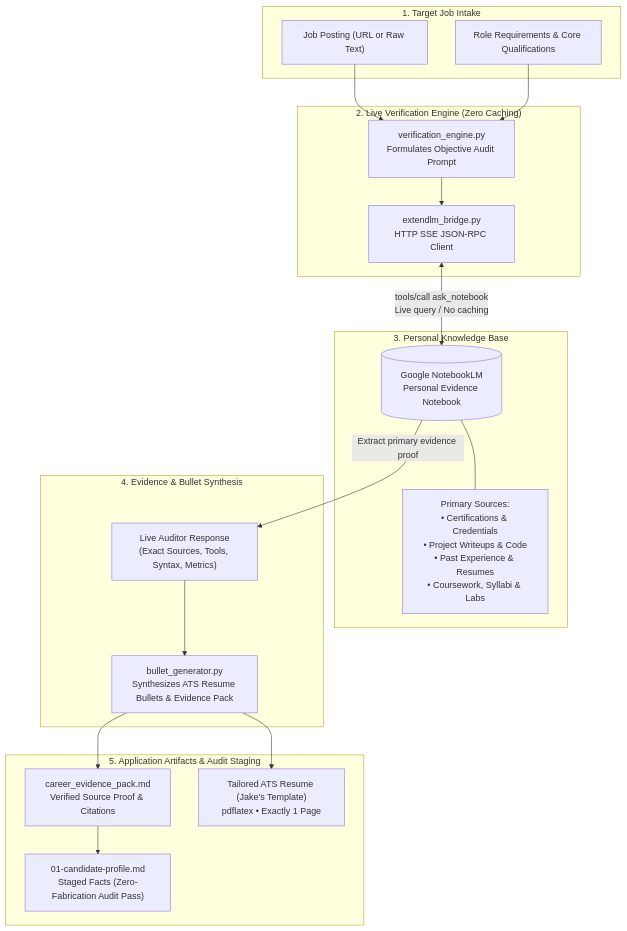
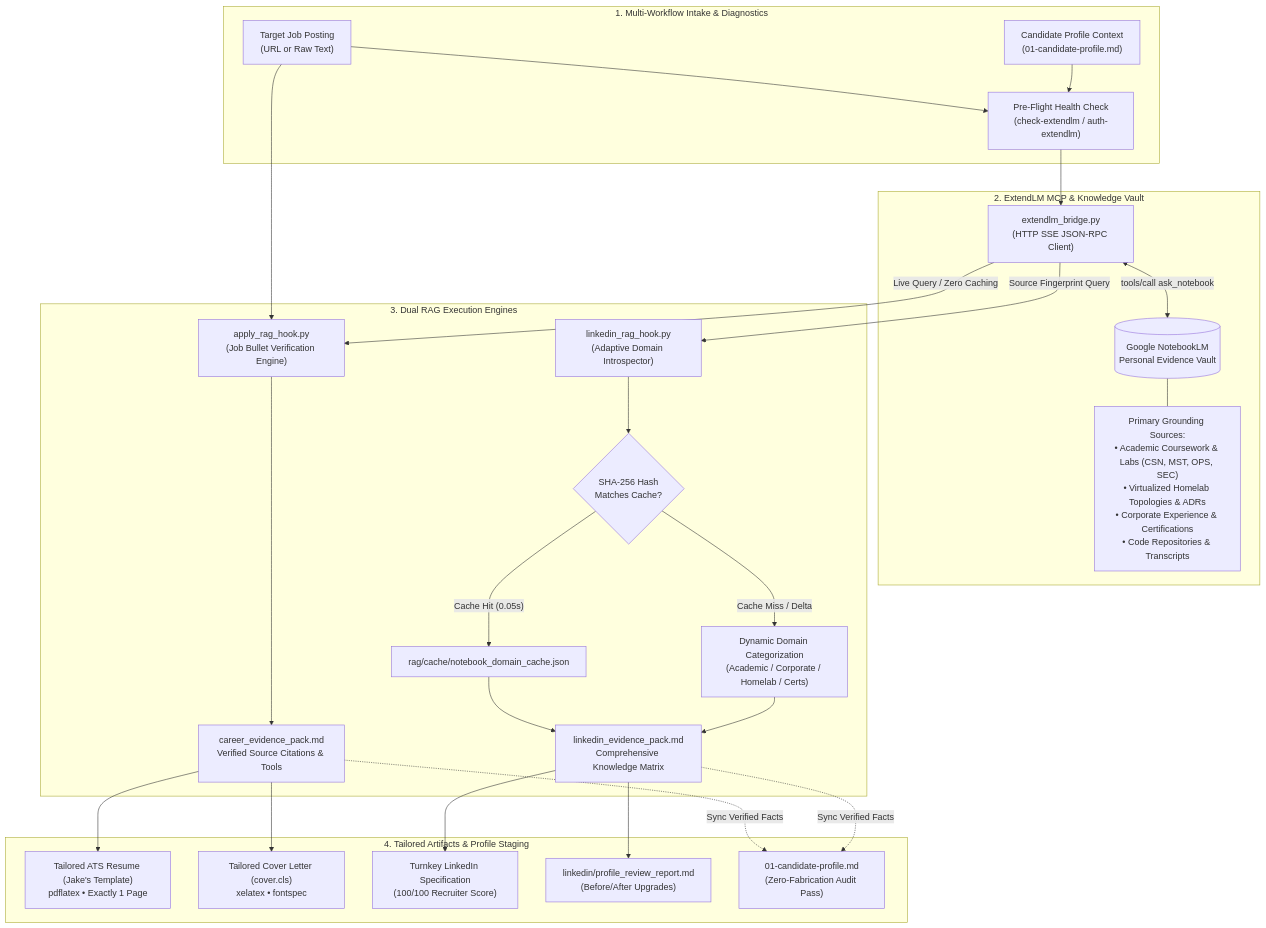
Before and after one commit to StickwoodJr/ai-job-search-enhanced: the diagram in rag/README.md, drawn with Mermaid. The commit also changed 5 other files, not shown here.

First line of the commit message:
docs(architecture): update all architecture flowcharts across workspace

````diff
--- a/rag/README.md
+++ b/rag/README.md
@@ -22,39 +22,39 @@
 ```mermaid
 flowchart TD
-    subgraph Input ["1. Target Job Intake"]
-        A["Job Posting (URL or Raw Text)"]
-        B["Role Requirements & Core Qualifications"]
+    subgraph Intake ["1. Multi-Workflow Intake & Diagnostics"]
+        InA["Target Job Posting<br/>(URL or Raw Text)"]
+        InB["Candidate Profile Context<br/>(01-candidate-profile.md)"]
+        PreFlight["Pre-Flight Health Check<br/>(check-extendlm / auth-extendlm)"]
+        InA --> PreFlight
+        InB --> PreFlight
     end
 
-    subgraph Engine ["2. Live Verification Engine (Zero Caching)"]
-        C["verification_engine.py<br/>Formulates Objective Audit Prompt"]
-        D["extendlm_bridge.py<br/>HTTP SSE JSON-RPC Client"]
+    subgraph Bridge ["2. ExtendLM MCP & Knowledge Vault"]
+        PreFlight --> ExtBridge["extendlm_bridge.py<br/>(HTTP SSE JSON-RPC Client)"]
+        ExtBridge <-->|tools/call ask_notebook| NBLM[("Google NotebookLM<br/>Personal Evidence Vault")]
+        NBLM --- Sources["Primary Grounding Sources:<br/>• Academic Coursework & Labs (CSN, MST, OPS, SEC)<br/>• Virtualized Homelab Topologies & ADRs<br/>• Corporate Experience & Certifications<br/>• Code Repositories & Transcripts"]
     end
 
-    subgraph NotebookLM ["3. Personal Knowledge Base"]
-        E[("Google NotebookLM<br/>Personal Evidence Notebook")]
-        F["Primary Sources:<br/>• Certifications & Credentials<br/>• Project Writeups & Code<br/>• Past Experience & Resumes<br/>• Coursework, Syllabi & Labs"]
+    subgraph Workflows ["3. Dual RAG Execution Engines"]
+        ExtBridge -->|Live Query / Zero Caching| HookApply["apply_rag_hook.py<br/>(Job Bullet Verification Engine)"]
+        InA --> HookApply
+        HookApply --> PackApply["career_evidence_pack.md<br/>Verified Source Citations & Tools"]
+
+        ExtBridge -->|Source Fingerprint Query| HookLI["linkedin_rag_hook.py<br/>(Adaptive Domain Introspector)"]
+        HookLI --> CacheCheck{"SHA-256 Hash<br/>Matches Cache?"}
+        CacheCheck -- "Cache Hit (0.05s)" --> ReadCache["rag/cache/notebook_domain_cache.json"]
+        CacheCheck -- "Cache Miss / Delta" --> ReIntrospect["Dynamic Domain Categorization<br/>(Academic / Corporate / Homelab / Certs)"]
+        ReadCache --> PackLI["linkedin_evidence_pack.md<br/>Comprehensive Knowledge Matrix"]
+        ReIntrospect --> PackLI
     end
 
-    subgraph Synthesis ["4. Evidence & Bullet Synthesis"]
-        G["Live Auditor Response<br/>(Exact Sources, Tools, Syntax, Metrics)"]
-        H["bullet_generator.py<br/>Synthesizes ATS Resume Bullets & Evidence Pack"]
+    subgraph Artifacts ["4. Tailored Artifacts & Profile Staging"]
+        PackApply --> Resume["Tailored ATS Resume (Jake's Template)<br/>pdflatex • Exactly 1 Page"]
+        PackApply --> Cover["Tailored Cover Letter (cover.cls)<br/>xelatex • fontspec"]
+        PackLI --> MasterLI["Turnkey LinkedIn Specification<br/>(100/100 Recruiter Score)"]
+        PackLI --> ReviewReport["linkedin/profile_review_report.md<br/>(Before/After Upgrades)"]
+
+        PackApply -.->|Sync Verified Facts| Profile["01-candidate-profile.md<br/>(Zero-Fabrication Audit Pass)"]
+        PackLI -.->|Sync Verified Facts| Profile
     end
-
-    subgraph Output ["5. Application Artifacts & Audit Staging"]
-        I["career_evidence_pack.md<br/>Verified Source Proof & Citations"]
-        J["Tailored ATS Resume (Jake's Template)<br/>pdflatex • Exactly 1 Page"]
-        K["01-candidate-profile.md<br/>Staged Facts (Zero-Fabrication Audit Pass)"]
-    end
-
-    A --> C
-    B --> C
-    C --> D
-    D <-->|tools/call ask_notebook<br/>Live query / No caching| E
-    E --- F
-    E -->|Extract primary evidence proof| G
-    G --> H
-    H --> I
-    H --> J
-    I --> K
 ```
````
